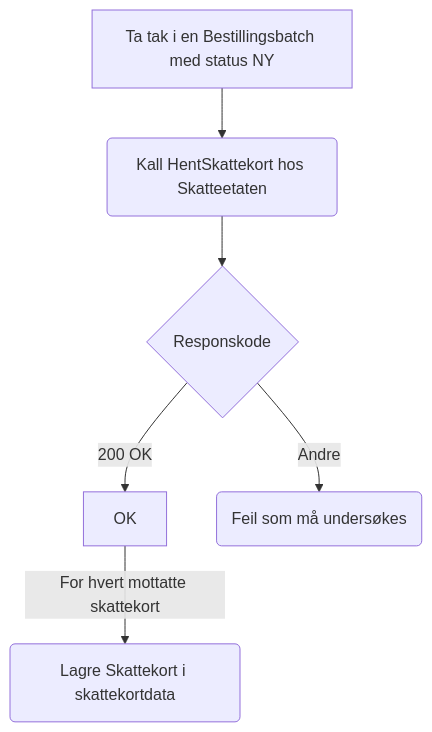
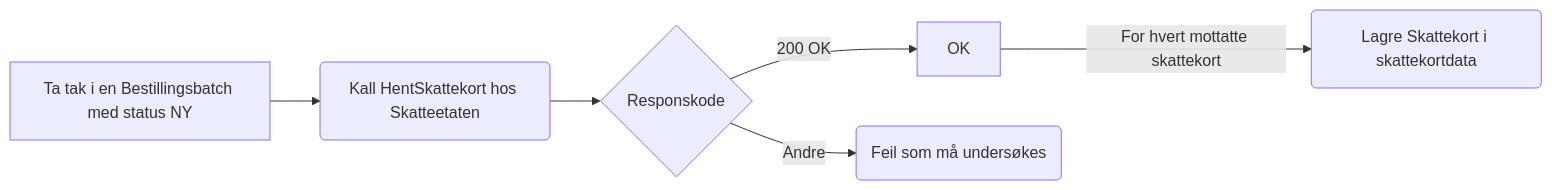
One commit to navikt/sokos-skattekort changed the fourth of 8 diagrams in dokumentasjon/arkitektur/workflows.md. Above: the diagram before and after it, drawn with Mermaid. The commit also changed other lines of this file, not shown here.

````diff
--- a/dokumentasjon/arkitektur/workflows.md
+++ b/dokumentasjon/arkitektur/workflows.md
@@ -81,7 +65,7 @@
 ```mermaid
-flowchart TD
+flowchart LR
     BB[Ta tak i en Bestillingsbatch med status NY] --> HS(Kall HentSkattekort hos Skatteetaten) -->
     SVAR{Responskode} -->|200 OK|OK -->|For hvert mottatte skattekort| L(Lagre Skattekort i skattekortdata) 
 
 SVAR -->|Andre|FEIL(Feil som må undersøkes)
 ```
````
